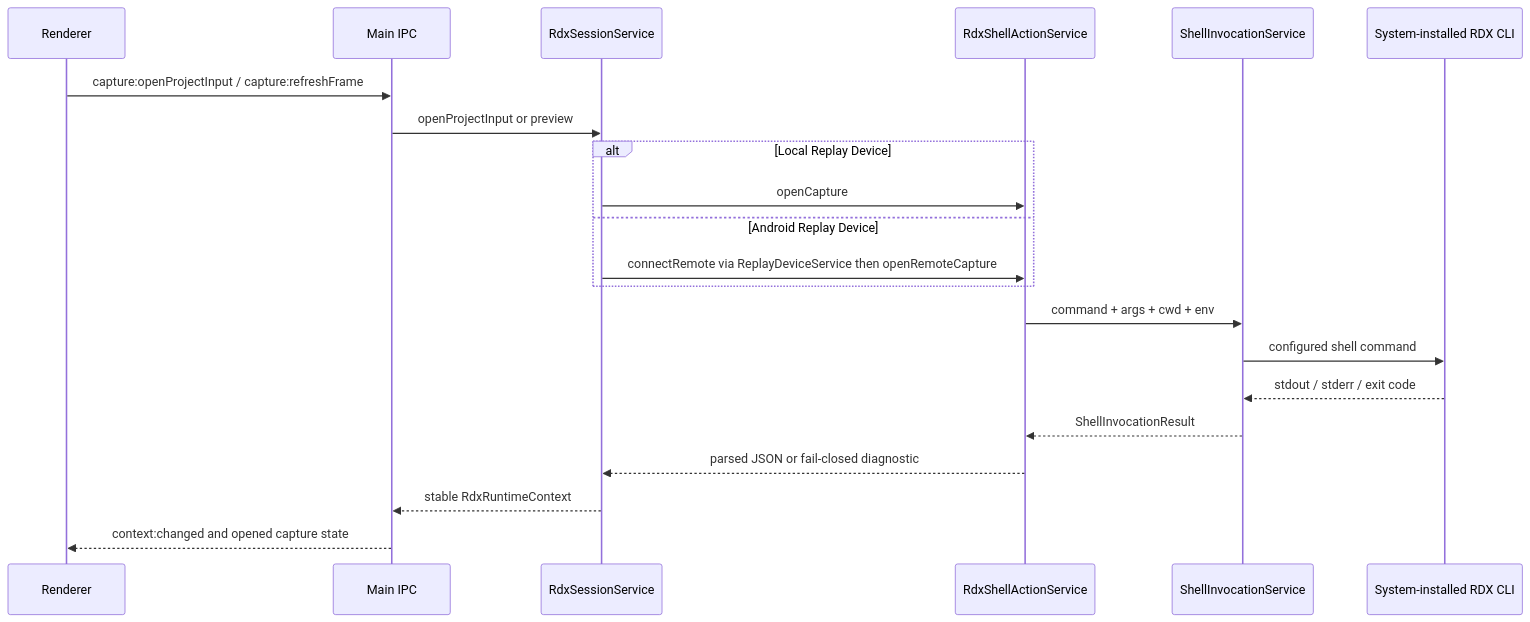
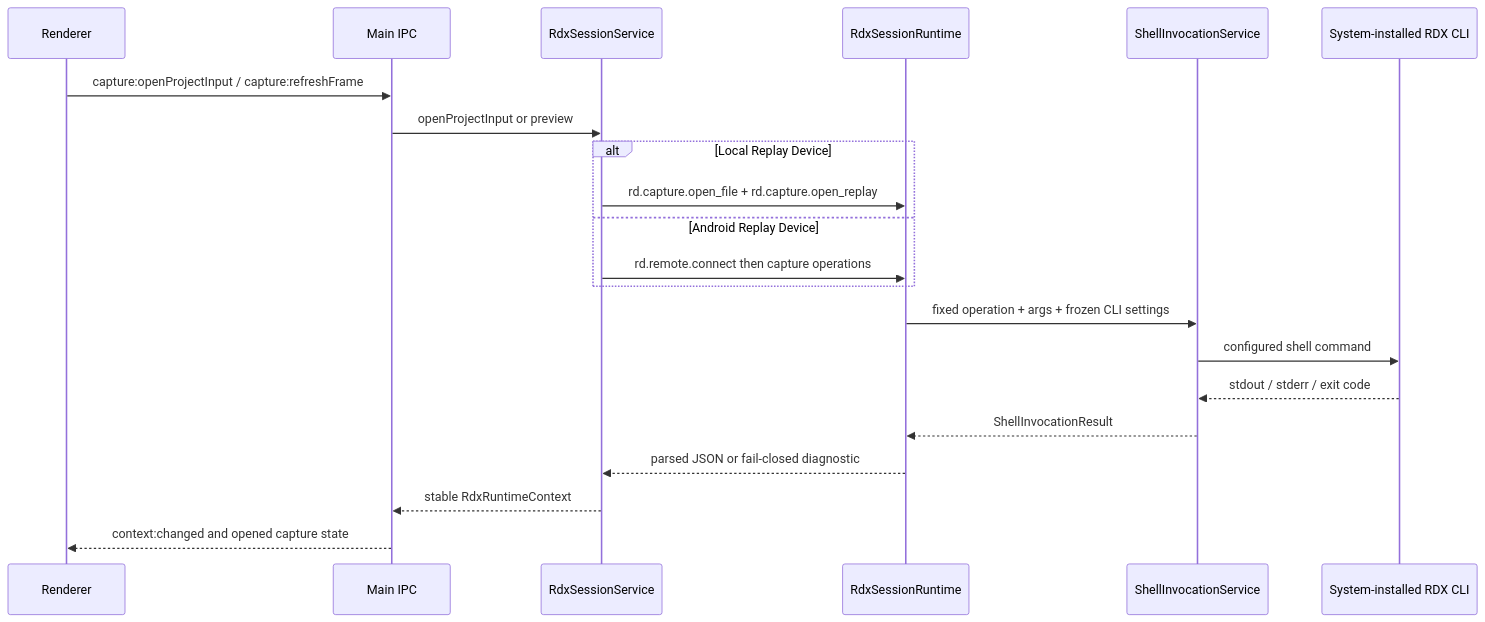
Before and after one commit to haolange/RDC-Agent: the second of 3 diagrams in docs/architecture/data-flow.md, drawn with Mermaid. The commit also changed other lines of this file and 115 other files, not shown here.

````diff
--- a/docs/architecture/data-flow.md
+++ b/docs/architecture/data-flow.md
@@ -35,24 +35,24 @@
 ```mermaid
 sequenceDiagram
   participant UI as Renderer
   participant IPC as Main IPC
   participant Session as RdxSessionService
-  participant Action as RdxShellActionService
+  participant Runtime as RdxSessionRuntime
   participant Shell as ShellInvocationService
   participant CLI as System-installed RDX CLI
 
   UI->>IPC: capture:openProjectInput / capture:refreshFrame
   IPC->>Session: openProjectInput or preview
   alt Local Replay Device
-    Session->>Action: openCapture
+    Session->>Runtime: rd.capture.open_file + rd.capture.open_replay
   else Android Replay Device
-    Session->>Action: connectRemote via ReplayDeviceService then openRemoteCapture
+    Session->>Runtime: rd.remote.connect then capture operations
   end
-  Action->>Shell: command + args + cwd + env
+  Runtime->>Shell: fixed operation + args + frozen CLI settings
   Shell->>CLI: configured shell command
   CLI-->>Shell: stdout / stderr / exit code
-  Shell-->>Action: ShellInvocationResult
-  Action-->>Session: parsed JSON or fail-closed diagnostic
+  Shell-->>Runtime: ShellInvocationResult
+  Runtime-->>Session: parsed JSON or fail-closed diagnostic
   Session-->>IPC: stable RdxRuntimeContext
   IPC-->>UI: context:changed and opened capture state
 ```
````
